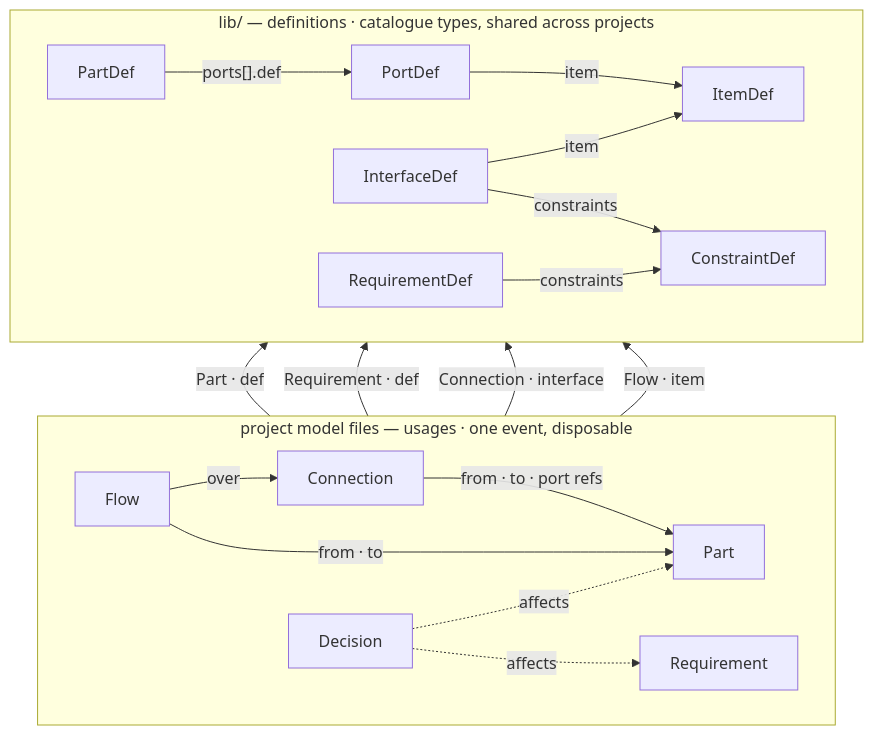
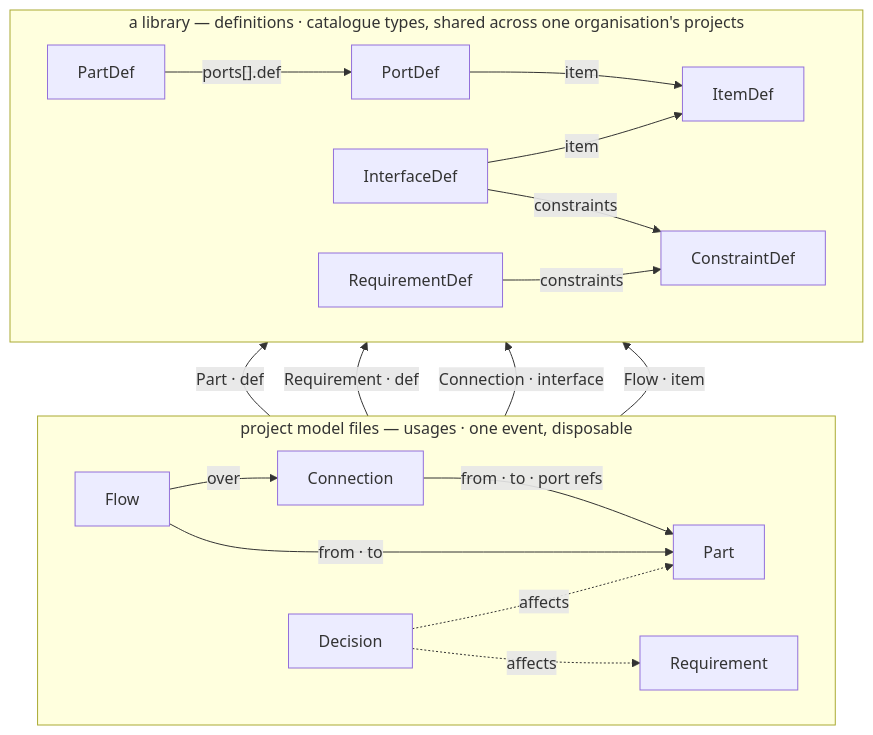
One commit to szantob/EventML changed the first of 2 diagrams in spec/02-metamodel.md. Above: the diagram before and after it, drawn with Mermaid. The commit also changed other lines of this file and 3 other files, not shown here.

````diff
--- a/spec/02-metamodel.md
+++ b/spec/02-metamodel.md
@@ -27,38 +27,38 @@
 ```mermaid
 flowchart BT
-    subgraph lib["lib/ — definitions · catalogue types, shared across projects"]
+    subgraph lib["a library — definitions · catalogue types, shared across one organisation's projects"]
         direction LR
         ItemDef
         PortDef
         PartDef
         InterfaceDef
         RequirementDef
         ConstraintDef
     end
 
     subgraph model["project model files — usages · one event, disposable"]
         direction LR
         Part
         Connection
         Flow
         Requirement
         Decision
     end
 
     PortDef -->|"item"| ItemDef
     InterfaceDef -->|"item"| ItemDef
     PartDef -->|"ports#91;#93;.def"| PortDef
     InterfaceDef -->|"constraints"| ConstraintDef
     RequirementDef -->|"constraints"| ConstraintDef
 
     Part -->|"Part · def"| PartDef
     Requirement -->|"Requirement · def"| RequirementDef
     Connection -->|"Connection · interface"| InterfaceDef
     Flow -->|"Flow · item"| ItemDef
 
     Connection -->|"from · to · port refs"| Part
     Flow -->|"from · to"| Part
     Flow -->|"over"| Connection
     Decision -.->|"affects"| Part
     Decision -.->|"affects"| Requirement
 ```
````
